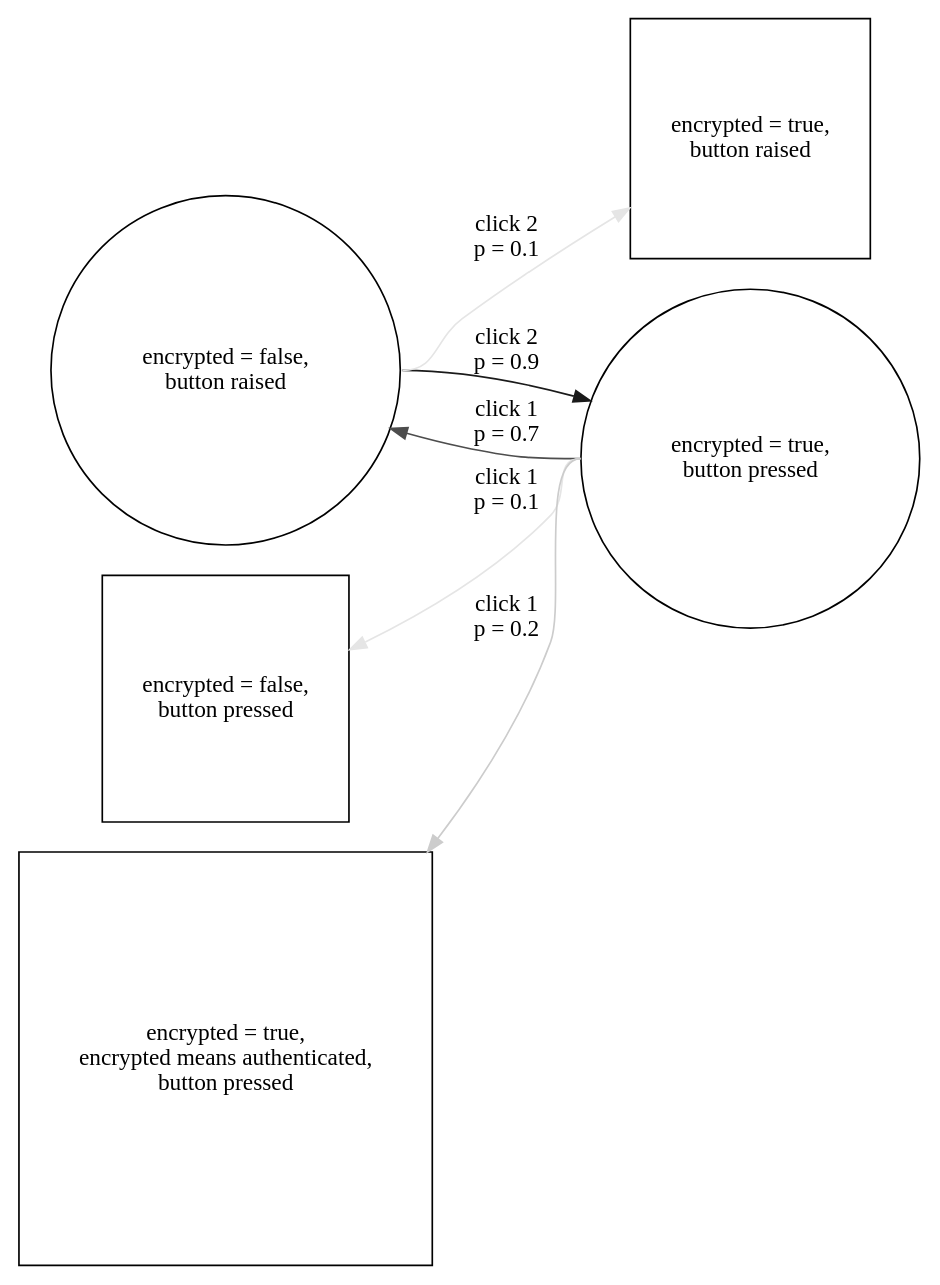
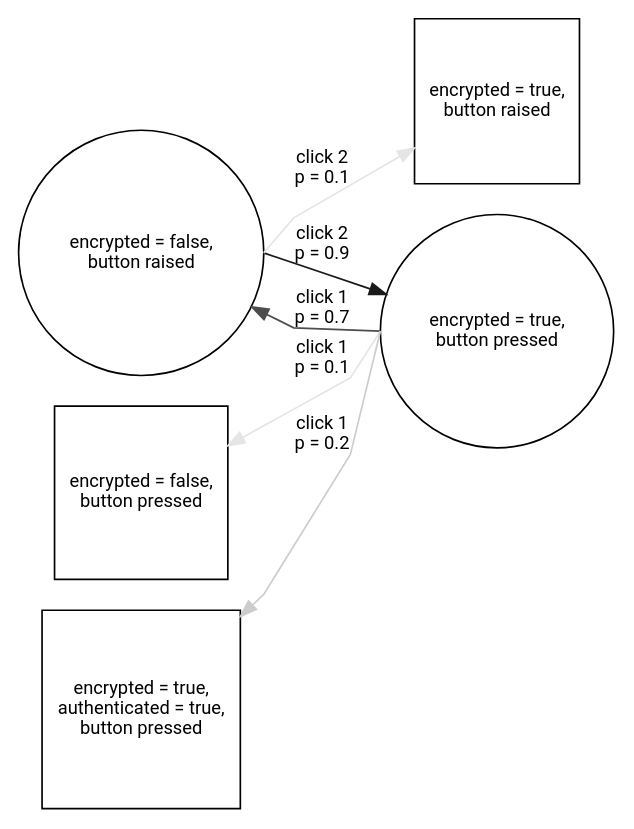
One commit to adrifelt/ux-model-graphs changed the diagram in 03-simple-boolean-with-orthogonal-states.dot. Above: the diagram before and after it, drawn with Graphviz. The commit also changed 4 other files, not shown here.

```diff
--- a/03-simple-boolean-with-orthogonal-states.dot
+++ b/03-simple-boolean-with-orthogonal-states.dot
@@ -1,26 +1,62 @@
 digraph "03-simple-boolean-with-orthogonal-states" {
+  splines = polyline;
   rankdir = LR;
   node [
     shape = circle
+    fontname = "Roboto"
+    fontsize = 11
+  ];
+  edge [
+    fontname = "Roboto"
+    fontsize = 11
   ];
 
-  off [ label = "encrypted = false,\nbutton raised" ];
-  on [ label = "encrypted = true,\nbutton pressed" ];
+  off [
+    label = "encrypted = false,\nbutton raised"
+  ];
+  on [
+    label = "encrypted = true,\nbutton pressed"
+  ];
 
-  off_confused [ label = "encrypted = true,\nbutton raised", shape = square ];
-  on_confused [ label = "encrypted = false,\nbutton pressed", shape = square ];
+  off_confused [
+    label = "encrypted = true,\nbutton raised"
+    shape = square
+  ];
+  on_confused [
+    label = "encrypted = false,\nbutton pressed"
+    shape = square
+  ];
   on_overconfident [
-    label = "encrypted = true,\nencrypted means authenticated,\nbutton pressed",
+    label = "encrypted = true,\nauthenticated = true,\nbutton pressed"
     shape = square
   ];
 
   subgraph { rank = same; on_confused; on_overconfident; off; }
   subgraph { rank = same; off_confused; on; }
 
-  off:e -> off_confused [ label = "click 2\np = 0.1", color = grey90, weight = 1 ];
-  off:e -> on [ label = "click 2\np = 0.9", color = grey10, weight = 9 ];
+  off:e -> off_confused [
+    label = "click 2\np = 0.1"
+    color = grey90
+    weight = 1
+  ];
+  off:e -> on [
+    label = "click 2\np = 0.9"
+    color = grey10, weight = 9
+  ];
 
-  on:w -> on_confused [ label = "click 1\np = 0.1", color = grey90, weight = 1 ];
-  on:w -> on_overconfident [ label = "click 1\np = 0.2", color = grey80, weight = 2 ];
-  on:w -> off [ label = "click 1\np = 0.7", color = grey30, weight = 7 ];
+  on:w -> on_confused [
+    label = "click 1\np = 0.1"
+    color = grey90
+    weight = 1
+  ];
+  on:w -> on_overconfident [
+    label = "click 1\np = 0.2"
+    color = grey80
+    weight = 2
+  ];
+  on:w -> off [
+    label = "click 1\np = 0.7"
+    color = grey30
+    weight = 7
+  ];
 }
```
